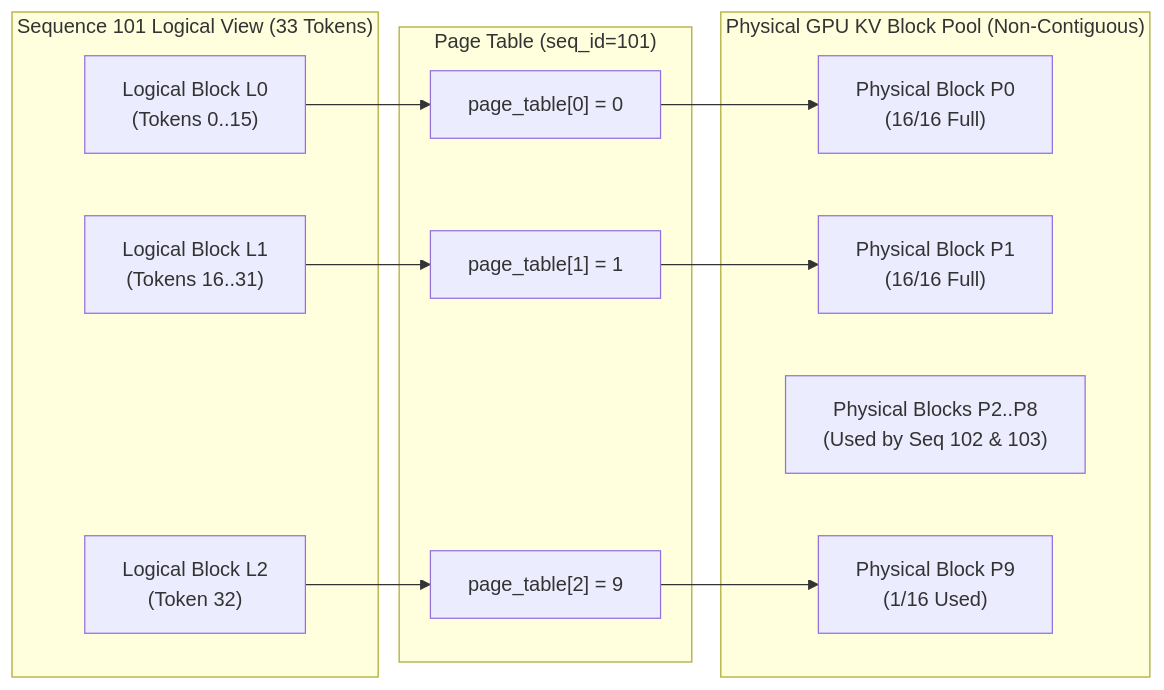
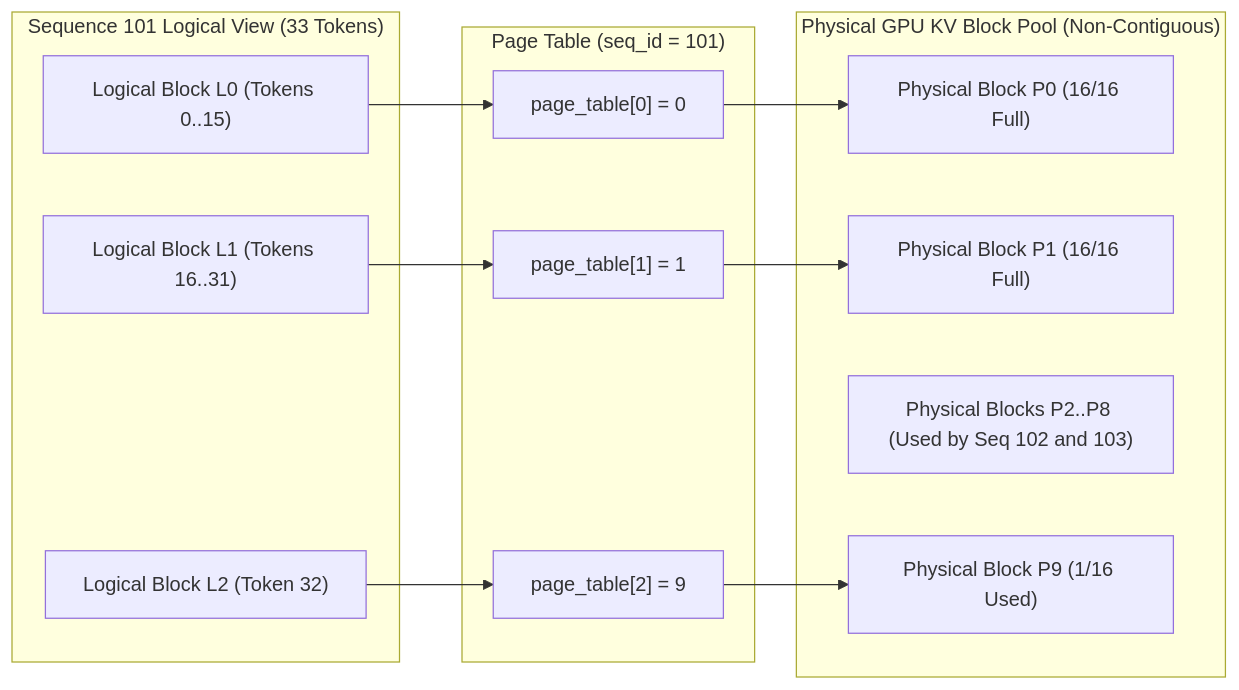
Before and after one commit to avnishkanungo/local-inference-engine: the first of 3 diagrams in README.md, drawn with Mermaid. The commit also changed other lines of this file, not shown here.

````diff
--- a/README.md
+++ b/README.md
@@ -145,25 +145,25 @@
 ```mermaid
 flowchart LR
     subgraph Logical["Sequence 101 Logical View (33 Tokens)"]
-        L0["Logical Block L0\n(Tokens 0..15)"]
-        L1["Logical Block L1\n(Tokens 16..31)"]
-        L2["Logical Block L2\n(Token 32)"]
+        L0["Logical Block L0 (Tokens 0..15)"]
+        L1["Logical Block L1 (Tokens 16..31)"]
+        L2["Logical Block L2 (Token 32)"]
     end
 
-    subgraph PT["Page Table (seq_id=101)"]
+    subgraph PT["Page Table (seq_id = 101)"]
         M0["page_table[0] = 0"]
         M1["page_table[1] = 1"]
         M2["page_table[2] = 9"]
     end
 
     subgraph Physical["Physical GPU KV Block Pool (Non-Contiguous)"]
-        P0["Physical Block P0\n(16/16 Full)"]
-        P1["Physical Block P1\n(16/16 Full)"]
-        P2_8["Physical Blocks P2..P8\n(Used by Seq 102 & 103)"]
-        P9["Physical Block P9\n(1/16 Used)"]
+        P0["Physical Block P0 (16/16 Full)"]
+        P1["Physical Block P1 (16/16 Full)"]
+        P2_8["Physical Blocks P2..P8 (Used by Seq 102 and 103)"]
+        P9["Physical Block P9 (1/16 Used)"]
     end
 
     L0 --> M0 --> P0
     L1 --> M1 --> P1
     L2 --> M2 --> P9
 ```
````
